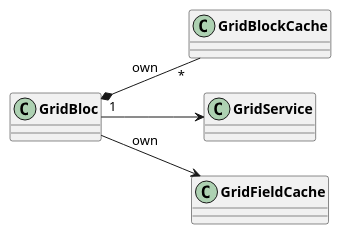
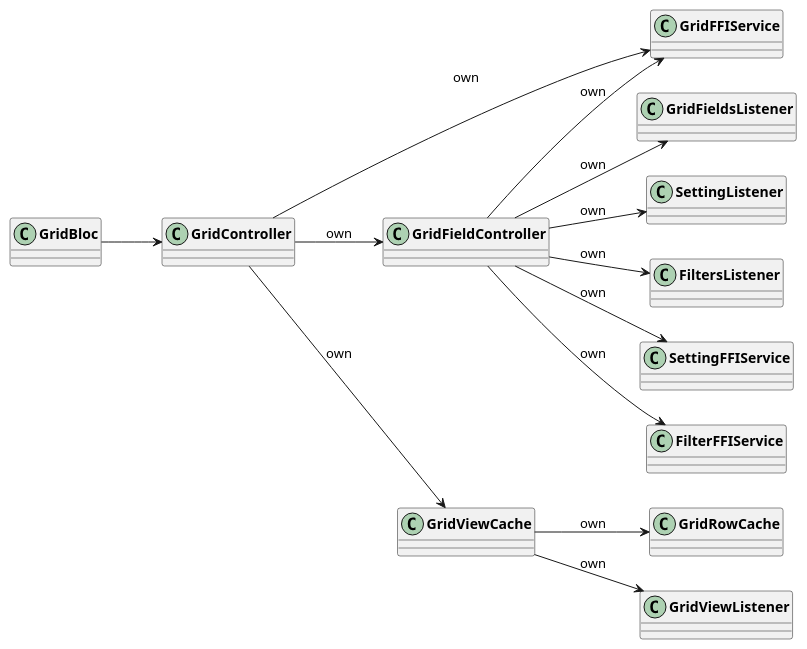
Before and after one commit to AppFlowy-IO/AppFlowy-Docs: the first of 2 diagrams in uml/dart_classes/grid_data_cache.plantuml, drawn with PlantUML. The commit also changed other lines of this file and 5 other files, not shown here.

Commit message:
chore: update diagrams

```diff
--- a/uml/dart_classes/grid_data_cache.plantuml
+++ b/uml/dart_classes/grid_data_cache.plantuml
@@ -1,10 +1,22 @@
 @startuml Grid
 skinparam classFontStyle Bold
 skinparam ActivityBackgroundColor Silver
 skinparam ActivityBorderColor DimGray
 left to right direction
 
-GridBloc "1" *-- "*" GridBlockCache: own
-GridBloc --> GridService
-GridBloc --> GridFieldCache: own
+GridBloc --> GridController
+GridController --> GridFFIService: own
+GridController --> GridFieldController: own
+GridController --> GridViewCache: own
+
+GridFieldController --> GridFieldsListener: own
+GridFieldController --> SettingListener: own
+GridFieldController --> FiltersListener: own
+GridFieldController --> GridFFIService: own
+GridFieldController --> SettingFFIService: own
+GridFieldController --> FilterFFIService: own
+
+GridViewCache --> GridRowCache: own
+GridViewCache --> GridViewListener: own
+
 @enduml
```
